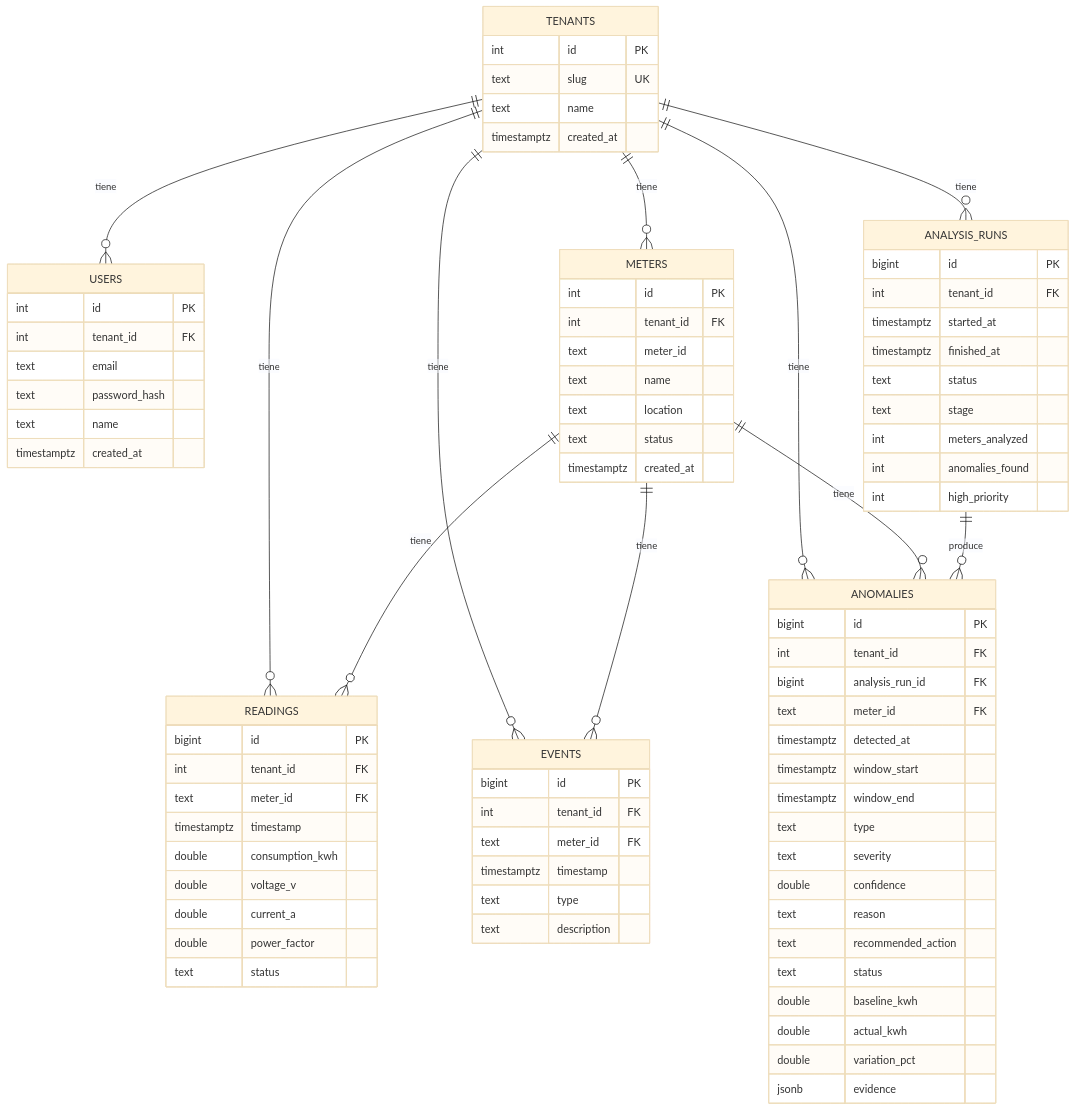
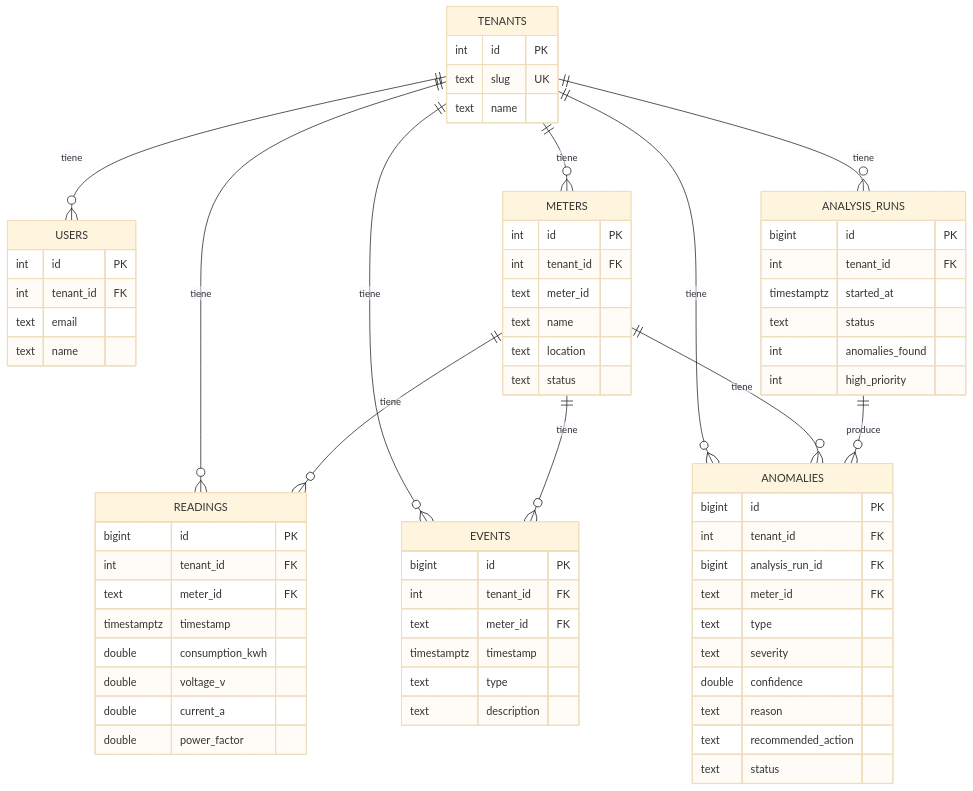
The diagram in README.md (buba-0511/voltra), drawn with Mermaid (base theme) before and after one commit. The commit also changed other lines of this file, not shown here.

````diff
--- a/README.md
+++ b/README.md
@@ -181,15 +109,12 @@
         int id PK
         text slug UK
         text name
-        timestamptz created_at
     }
     USERS {
         int id PK
         int tenant_id FK
         text email
-        text password_hash
         text name
-        timestamptz created_at
     }
     METERS {
         int id PK
@@ -198,7 +123,6 @@
         text name
         text location
         text status
-        timestamptz created_at
     }
     READINGS {
         bigint id PK
@@ -209,7 +133,6 @@
         double voltage_v
         double current_a
         double power_factor
-        text status
     }
     EVENTS {
         bigint id PK
@@ -223,10 +146,7 @@
         bigint id PK
         int tenant_id FK
         timestamptz started_at
-        timestamptz finished_at
         text status
-        text stage
-        int meters_analyzed
         int anomalies_found
         int high_priority
     }
@@ -235,18 +155,11 @@
         int tenant_id FK
         bigint analysis_run_id FK
         text meter_id FK
-        timestamptz detected_at
-        timestamptz window_start
-        timestamptz window_end
         text type
         text severity
         double confidence
         text reason
         text recommended_action
         text status
-        double baseline_kwh
-        double actual_kwh
-        double variation_pct
-        jsonb evidence
     }
 ```
````
